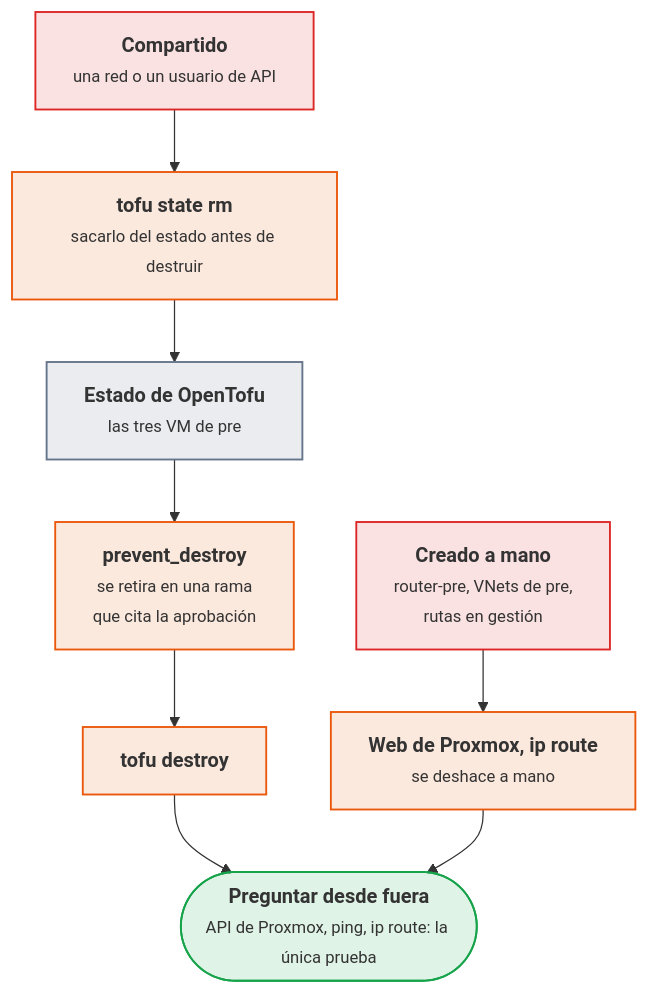
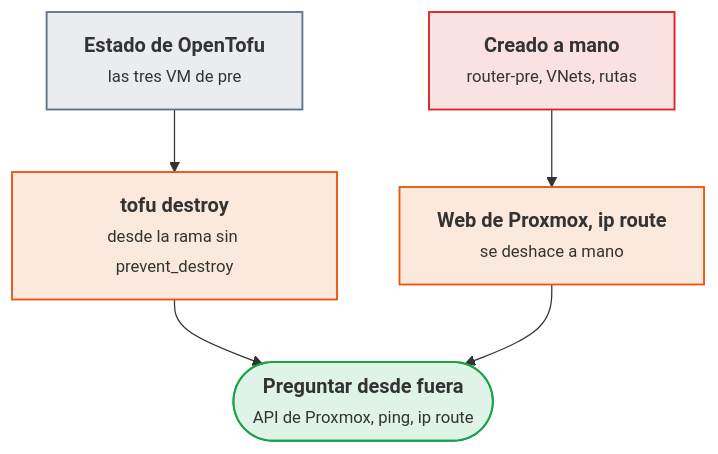
One commit to victor-educ/apuntes-5169 changed the fourth of 5 diagrams in docs/ut/ut8-terminacion-segura.md. Above: the diagram before and after it, drawn with Mermaid. The commit also changed other lines of this file and 6 other files, not shown here.

````diff
--- a/docs/ut/ut8-terminacion-segura.md
+++ b/docs/ut/ut8-terminacion-segura.md
@@ -386,20 +450,14 @@
 ```mermaid
 flowchart TB
     E["<b>Estado de OpenTofu</b><br><small>las tres VM de pre</small>"]:::pieza
-    PD["<b>prevent_destroy</b><br><small>se retira en una rama<br>que cita la aprobación</small>"]:::act
-    D["<b>tofu destroy</b>"]:::act
-    M["<b>Creado a mano</b><br><small>router-pre, VNets de pre,<br>rutas en gestión</small>"]:::riesgo
+    D["<b>tofu destroy</b><br><small>desde la rama sin prevent_destroy</small>"]:::act
+    M["<b>Creado a mano</b><br><small>router-pre, VNets, rutas</small>"]:::riesgo
     Q["<b>Web de Proxmox, ip route</b><br><small>se deshace a mano</small>"]:::act
-    C["<b>Compartido</b><br><small>una red o un usuario de API</small>"]:::riesgo
-    R["<b>tofu state rm</b><br><small>sacarlo del estado antes de destruir</small>"]:::act
-    V(["<b>Preguntar desde fuera</b><br><small>API de Proxmox, ping, ip route: la única prueba</small>"]):::ok
-    E --> PD --> D --> V
+    V(["<b>Preguntar desde fuera</b><br><small>API de Proxmox, ping, ip route</small>"]):::ok
+    E --> D --> V
     M --> Q --> V
-    C --> R --> E
     classDef act fill:#ea580c22,stroke:#ea580c,stroke-width:1.5px
     classDef pieza fill:#64748b22,stroke:#64748b,stroke-width:1.5px
-    classDef dato fill:#2563eb22,stroke:#2563eb,stroke-width:1.5px
-    classDef infra fill:#a1a1aa14,stroke:#a1a1aa,stroke-width:1.5px
     classDef ok fill:#16a34a22,stroke:#16a34a,stroke-width:1.5px
     classDef riesgo fill:#dc262622,stroke:#dc2626,stroke-width:1.5px
 ```
````
